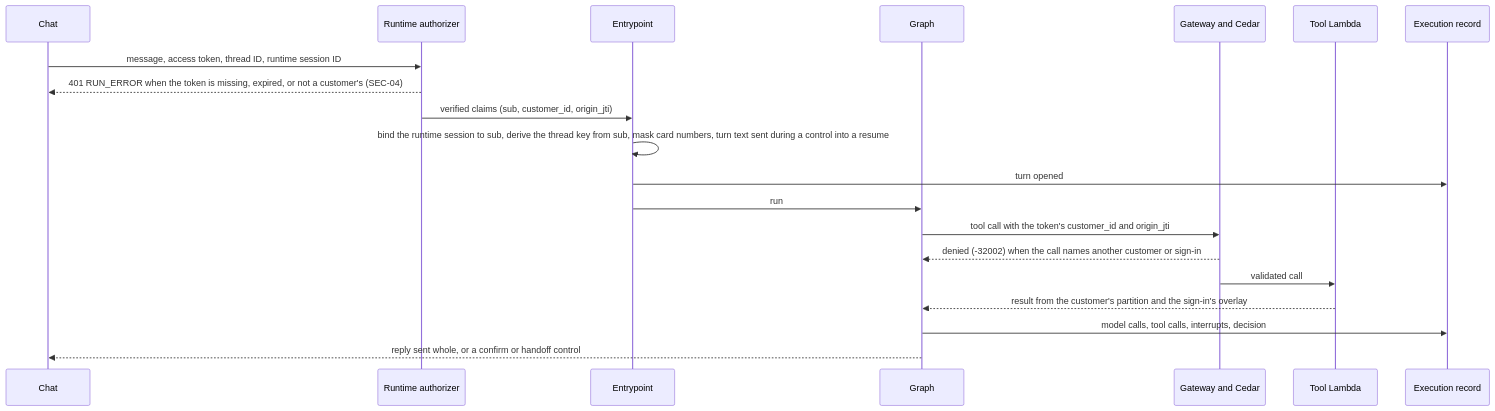
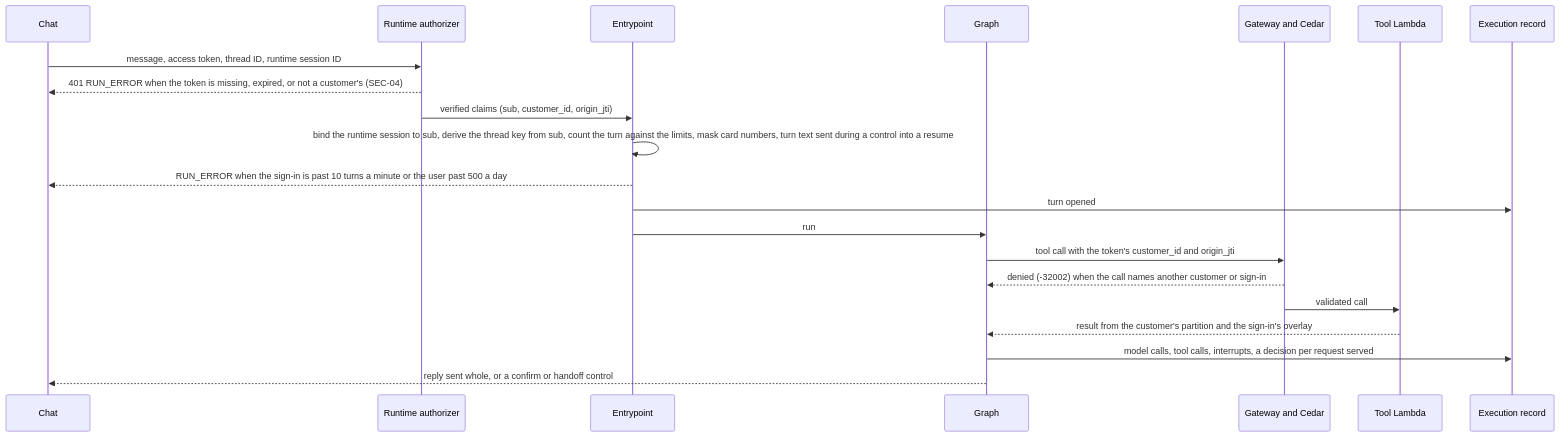
Before and after one commit to gafnts/factored-hackathon-2026-gafnts: the second of 5 diagrams in docs/architecture.md, drawn with Mermaid. The commit also changed other lines of this file, not shown here.

Commit message:
Rewrite the architecture page to what prototype runs after promotion 3

````diff
--- a/docs/architecture.md
+++ b/docs/architecture.md
@@ -48,22 +52,23 @@
 ```mermaid
 sequenceDiagram
   participant C as Chat
   participant A as Runtime authorizer
   participant E as Entrypoint
   participant G as Graph
   participant W as Gateway and Cedar
   participant T as Tool Lambda
   participant R as Execution record
   C->>A: message, access token, thread ID, runtime session ID
   A-->>C: 401 RUN_ERROR when the token is missing, expired, or not a customer's (SEC-04)
   A->>E: verified claims (sub, customer_id, origin_jti)
-  E->>E: bind the runtime session to sub, derive the thread key from sub, mask card numbers, turn text sent during a control into a resume
+  E->>E: bind the runtime session to sub, derive the thread key from sub, count the turn against the limits, mask card numbers, turn text sent during a control into a resume
+  E-->>C: RUN_ERROR when the sign-in is past 10 turns a minute or the user past 500 a day
   E->>R: turn opened
   E->>G: run
   G->>W: tool call with the token's customer_id and origin_jti
   W-->>G: denied (-32002) when the call names another customer or sign-in
   W->>T: validated call
   T-->>G: result from the customer's partition and the sign-in's overlay
-  G->>R: model calls, tool calls, interrupts, decision
+  G->>R: model calls, tool calls, interrupts, a decision per request served
   G-->>C: reply sent whole, or a confirm or handoff control
 ```
````
